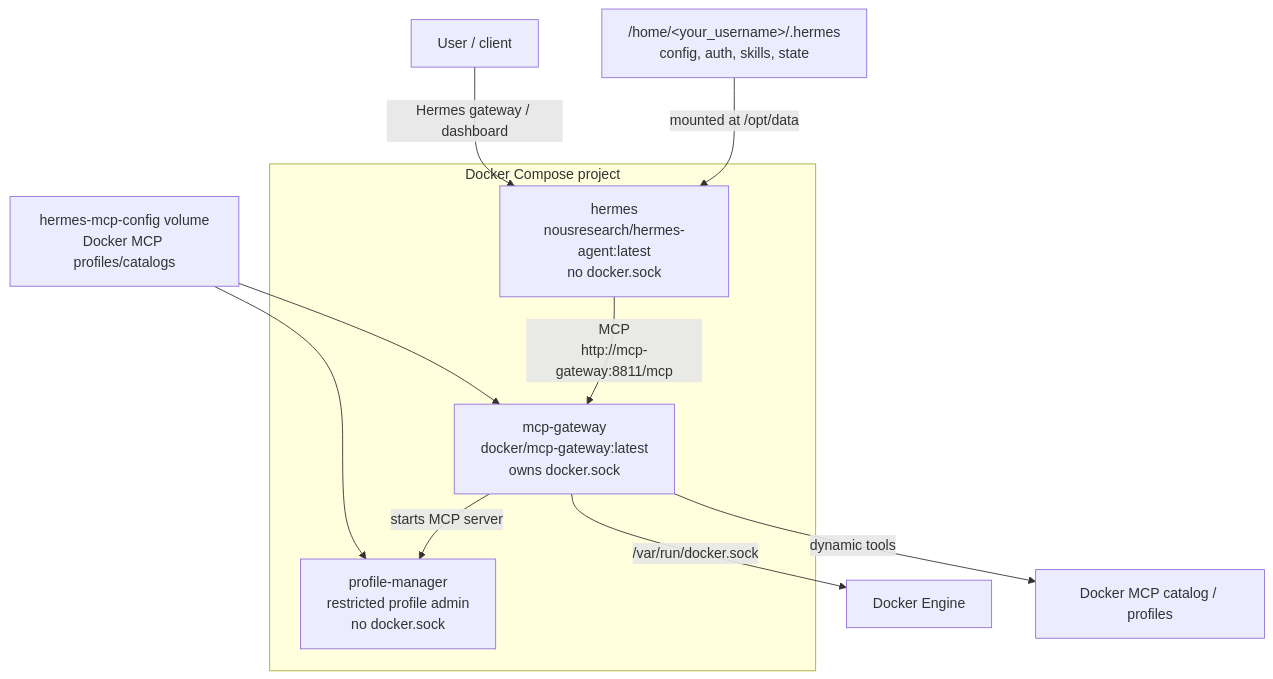
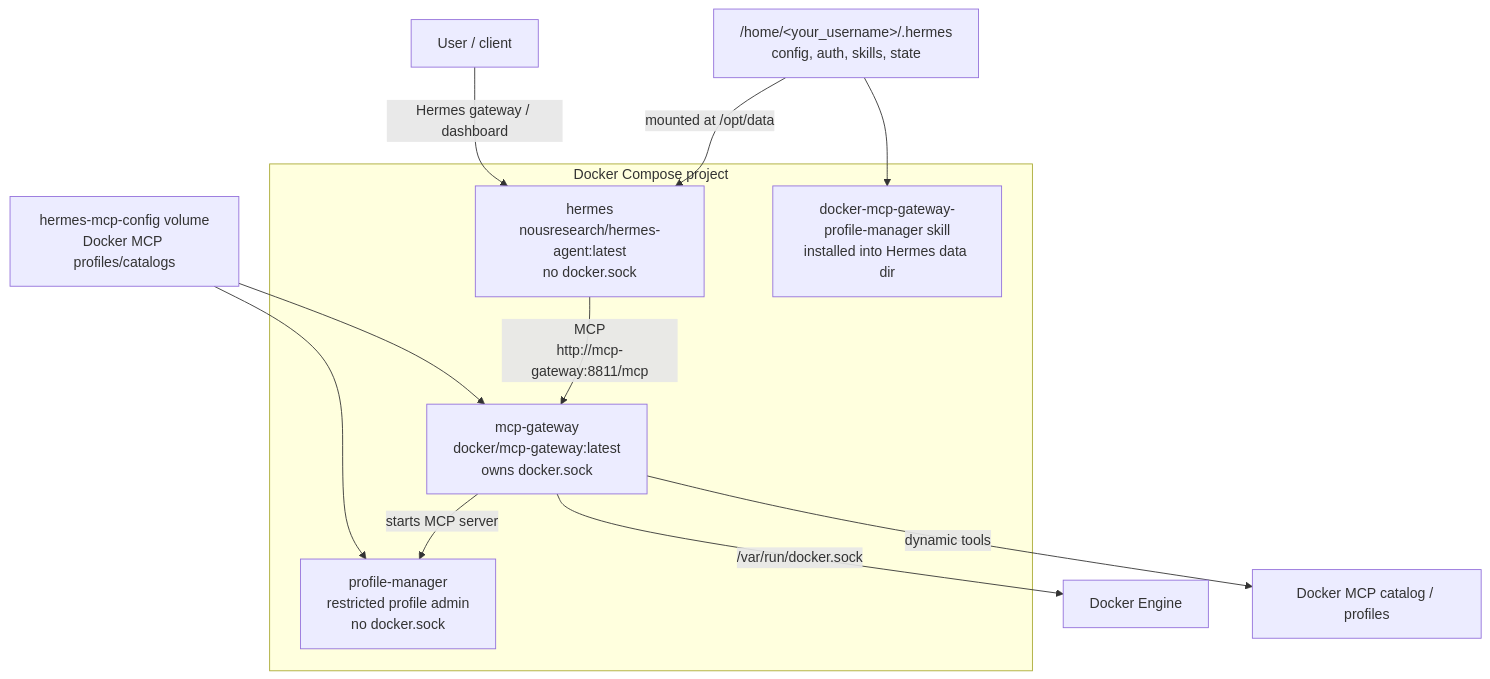
Before and after one commit to sekai-dev-team/hermes-docker-deployment: the diagram in README.md, drawn with Mermaid. The commit also changed other lines of this file and 9 other files, not shown here.

Commit message:
feat: add gateway management skill

````diff
--- a/README.md
+++ b/README.md
@@ -7,18 +7,20 @@
 ```mermaid
 flowchart TB
     User["User / client"] -->|Hermes gateway / dashboard| Hermes
 
     subgraph Compose["Docker Compose project"]
         Hermes["hermes<br/>nousresearch/hermes-agent:latest<br/>no docker.sock"]
         Gateway["mcp-gateway<br/>docker/mcp-gateway:latest<br/>owns docker.sock"]
         ProfileManager["profile-manager<br/>restricted profile admin<br/>no docker.sock"]
+        Skill["docker-mcp-gateway-profile-manager skill<br/>installed into Hermes data dir"]
     end
 
     Data["/home/&lt;your_username&gt;/.hermes<br/>config, auth, skills, state"] -->|mounted at /opt/data| Hermes
+    Data --> Skill
     McpConfig["hermes-mcp-config volume<br/>Docker MCP profiles/catalogs"] --> Gateway
     McpConfig --> ProfileManager
     Hermes -->|MCP<br/>http://mcp-gateway:8811/mcp| Gateway
     Gateway -->|/var/run/docker.sock| Docker["Docker Engine"]
     Gateway -->|dynamic tools| Catalog["Docker MCP catalog / profiles"]
     Gateway -->|starts MCP server| ProfileManager
 ```
````
